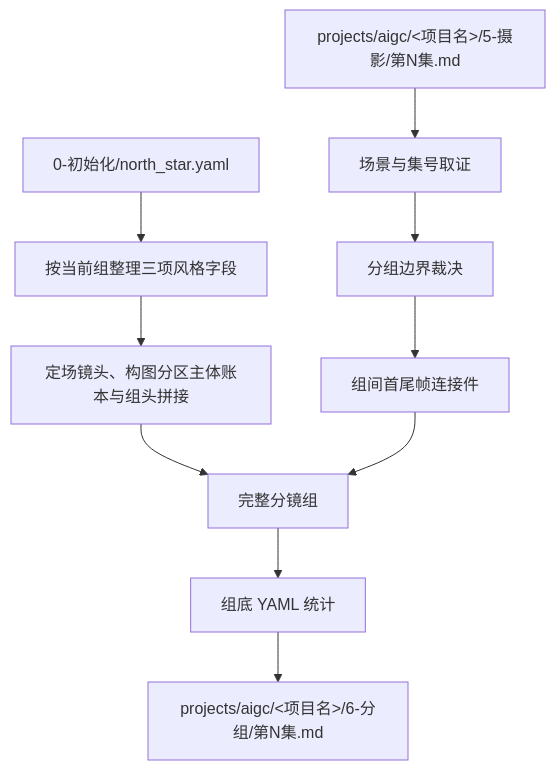
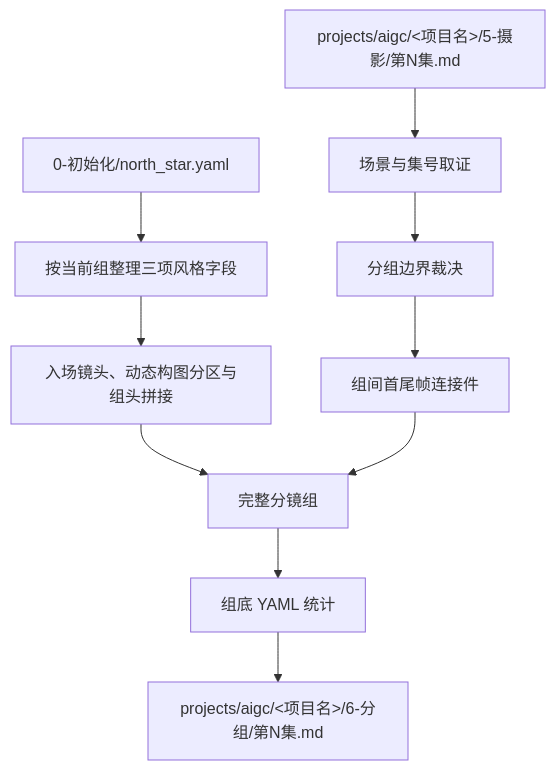
The first of 4 diagrams in .agents/skills/aigc/6-分组/SKILL.md (ZEN-VOID/AI-CUT), drawn with Mermaid before and after one commit. The commit also changed other lines of this file and 209 other files, not shown here.

````diff
--- a/.agents/skills/aigc/6-分组/SKILL.md
+++ b/.agents/skills/aigc/6-分组/SKILL.md
@@ -88,12 +88,12 @@
 ```mermaid
 flowchart TD
     A["projects/aigc/<项目名>/5-摄影/第N集.md"] --> B["场景与集号取证"]
     C["0-初始化/north_star.yaml"] --> D["按当前组整理三项风格字段"]
     B --> E["分组边界裁决"]
-    D --> F["定场镜头、构图分区主体账本与组头拼接"]
+    D --> F["入场镜头、动态构图分区与组头拼接"]
     E --> G["组间首尾帧连接件"]
     F --> H["完整分镜组"]
     G --> H
     H --> I["组底 YAML 统计"]
     I --> J["projects/aigc/<项目名>/6-分组/第N集.md"]
 ```
````
